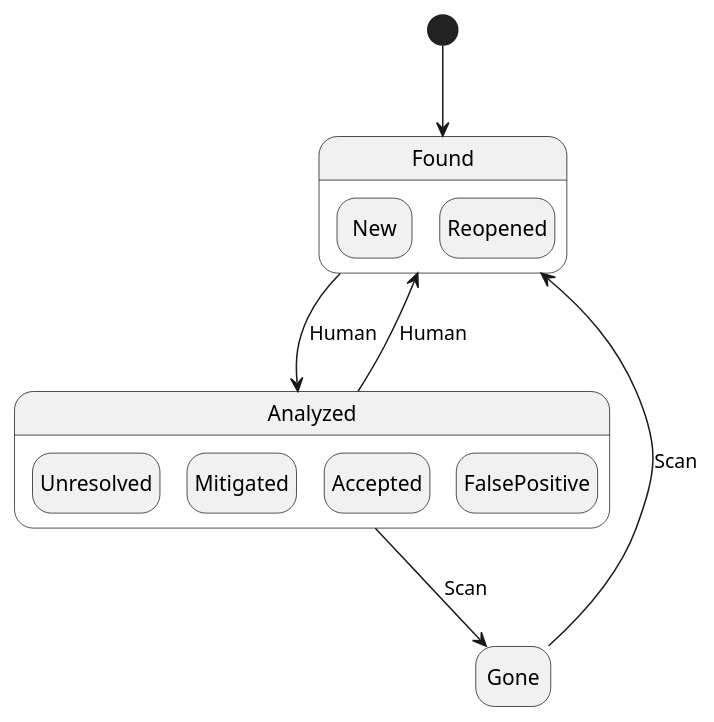
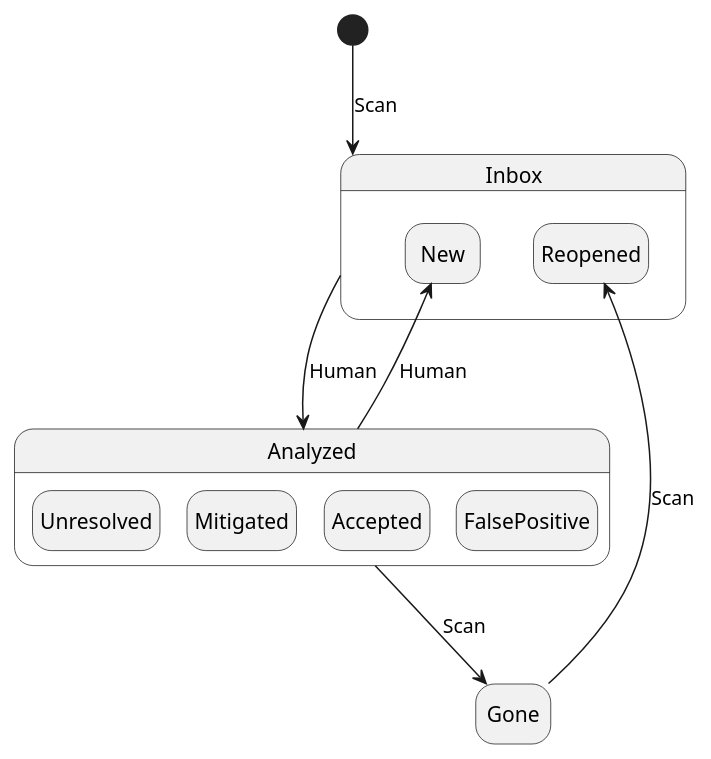
Before and after one commit to secknow/sec-kb: the diagram in vuln-status.puml, drawn with PlantUML. The commit also changed 4 other files, not shown here.

```diff
--- a/vuln-status.puml
+++ b/vuln-status.puml
@@ -2,26 +2,25 @@
 @startuml status_states
 hide empty description
-[*] --> Found
 
 
-Gone --> Found : Scan
-
-state Found {
+state Inbox {
     state New
     state Reopened
 }
-
-Found --> Analyzed : Human
+[*] -d-> Inbox : Scan
 
 state Analyzed {
     state Unresolved
     state Mitigated
     state Accepted
     state FalsePositive
 }
 
-Analyzed --> Found : Human
-Analyzed --> Gone : Scan
+Inbox -d-> Analyzed : Human
+
+Analyzed -u-> New : Human
+Analyzed -d-> Gone : Scan
+Gone -u-> Reopened : Scan
 
 
 @enduml
```
